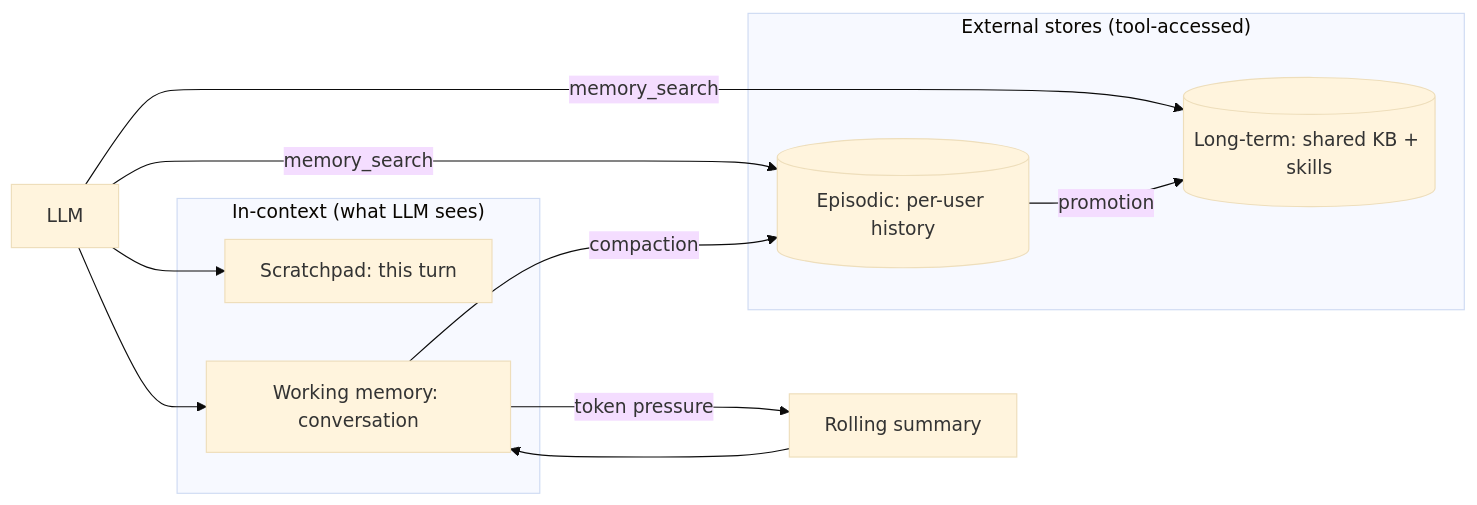
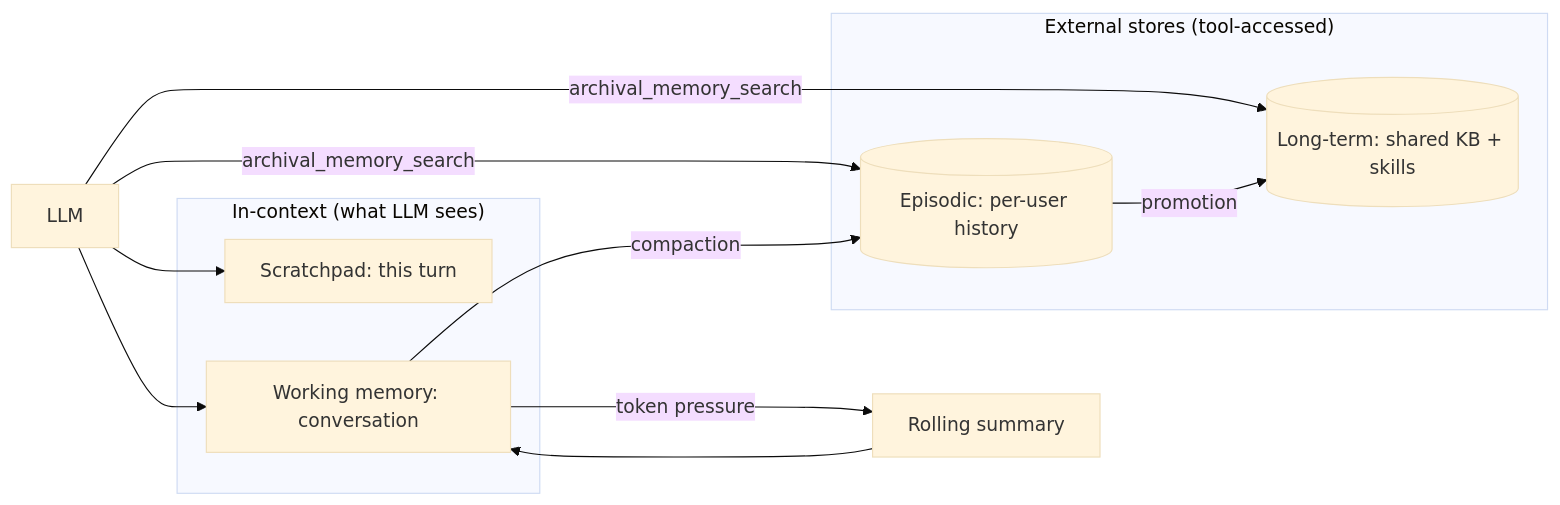
The third of 4 diagrams in content/part-9-ai-ml-system-design/03-ai-agent-architectures.md (Guo-astro/engineering-handbook), drawn with Mermaid (base theme) before and after one commit. The commit also changed other lines of this file and 31 other files, not shown here.

````diff
--- a/content/part-9-ai-ml-system-design/03-ai-agent-architectures.md
+++ b/content/part-9-ai-ml-system-design/03-ai-agent-architectures.md
@@ -144,19 +144,19 @@
 ```mermaid
 flowchart LR
     subgraph InContext["In-context (what LLM sees)"]
         SP[Scratchpad: this turn]
         WM[Working memory: conversation]
     end
     subgraph External["External stores (tool-accessed)"]
         EM[(Episodic: per-user history)]
         LT[(Long-term: shared KB + skills)]
     end
     LLM[LLM] --> SP
     LLM --> WM
-    LLM -- memory_search --> EM
-    LLM -- memory_search --> LT
+    LLM -- archival_memory_search --> EM
+    LLM -- archival_memory_search --> LT
     WM -- compaction --> EM
     EM -- promotion --> LT
     WM -- token pressure --> Summary[Rolling summary]
     Summary --> WM
 ```
````
